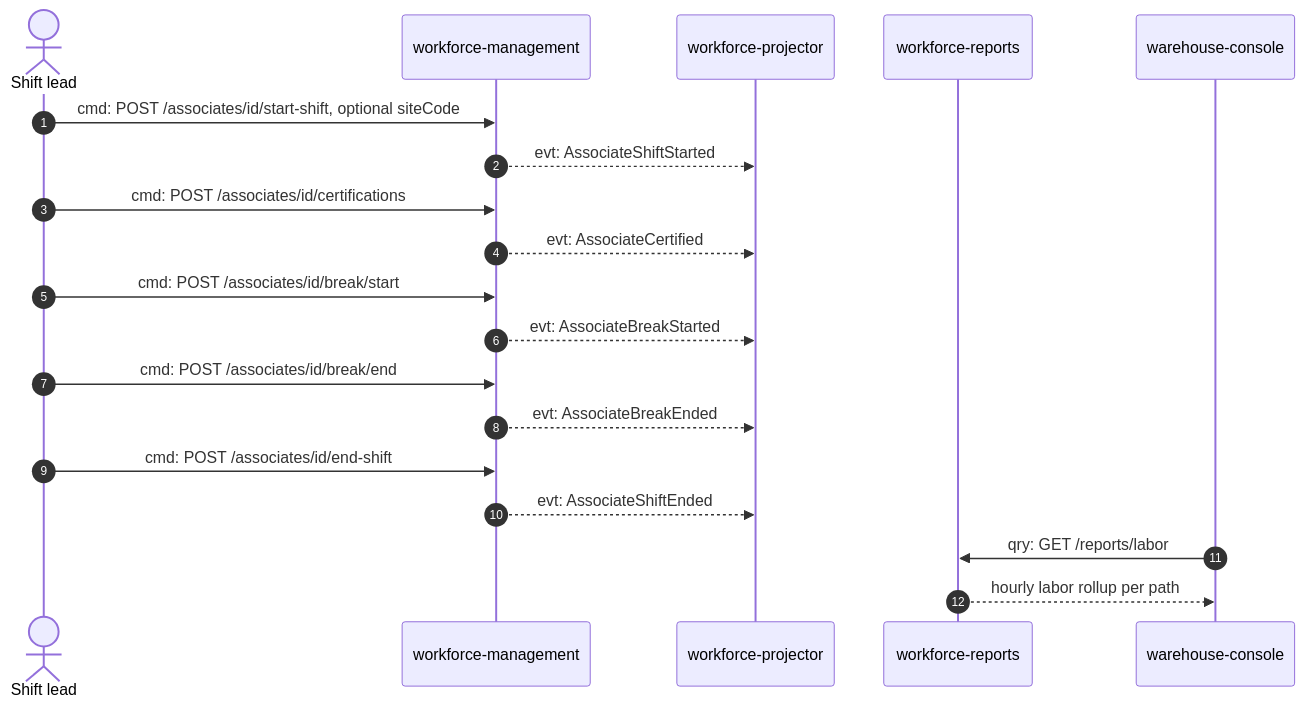
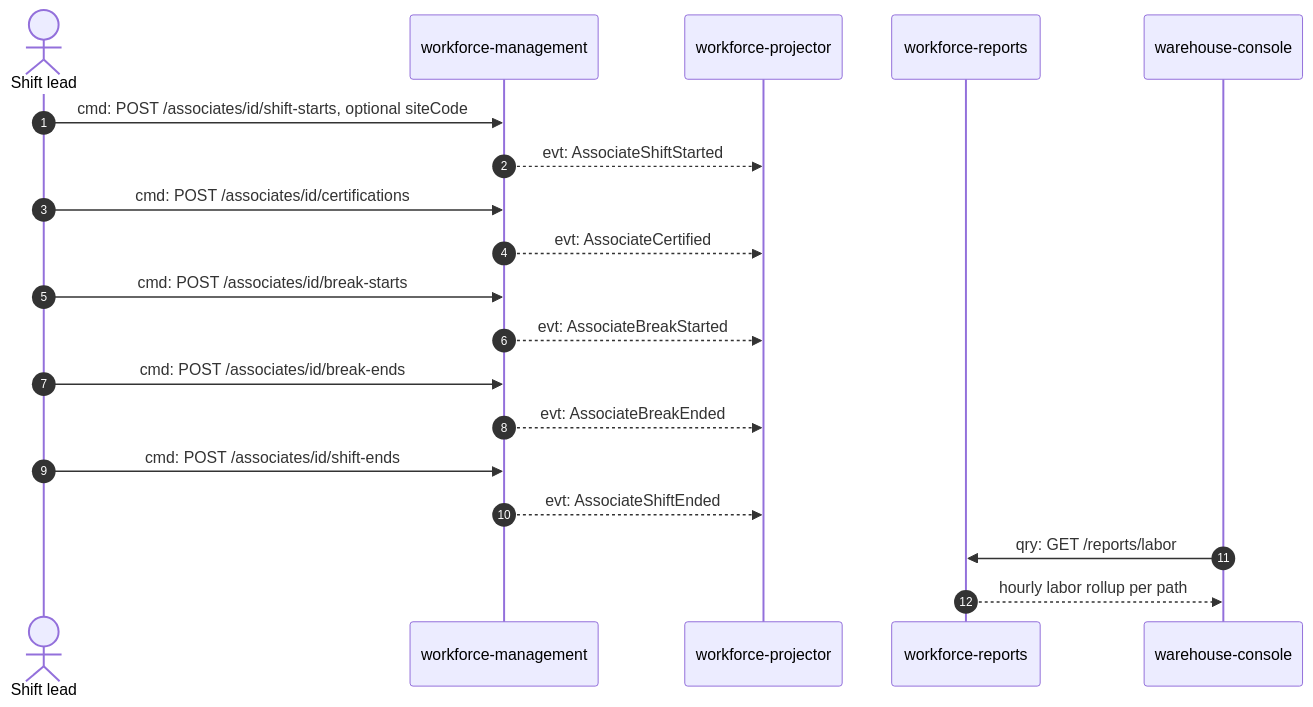
The third of 4 diagrams in docs/contexts/workforce-management/domain-message-flow.md (IQVO/warehouse-docs), drawn with Mermaid before and after one commit. The commit also changed other lines of this file and 272 other files, not shown here.

````diff
--- a/docs/contexts/workforce-management/domain-message-flow.md
+++ b/docs/contexts/workforce-management/domain-message-flow.md
@@ -94,21 +94,21 @@
 ```mermaid
 sequenceDiagram
     autonumber
     actor Lead as Shift lead
     participant WFM as workforce-management
     participant AN as workforce-projector
     participant RP as workforce-reports
     participant Con as warehouse-console
-    Lead->>WFM: cmd: POST /associates/id/start-shift, optional siteCode
+    Lead->>WFM: cmd: POST /associates/id/shift-starts, optional siteCode
     WFM-->>AN: evt: AssociateShiftStarted
     Lead->>WFM: cmd: POST /associates/id/certifications
     WFM-->>AN: evt: AssociateCertified
-    Lead->>WFM: cmd: POST /associates/id/break/start
+    Lead->>WFM: cmd: POST /associates/id/break-starts
     WFM-->>AN: evt: AssociateBreakStarted
-    Lead->>WFM: cmd: POST /associates/id/break/end
+    Lead->>WFM: cmd: POST /associates/id/break-ends
     WFM-->>AN: evt: AssociateBreakEnded
-    Lead->>WFM: cmd: POST /associates/id/end-shift
+    Lead->>WFM: cmd: POST /associates/id/shift-ends
     WFM-->>AN: evt: AssociateShiftEnded
     Con->>RP: qry: GET /reports/labor
     RP-->>Con: hourly labor rollup per path
 ```
````
